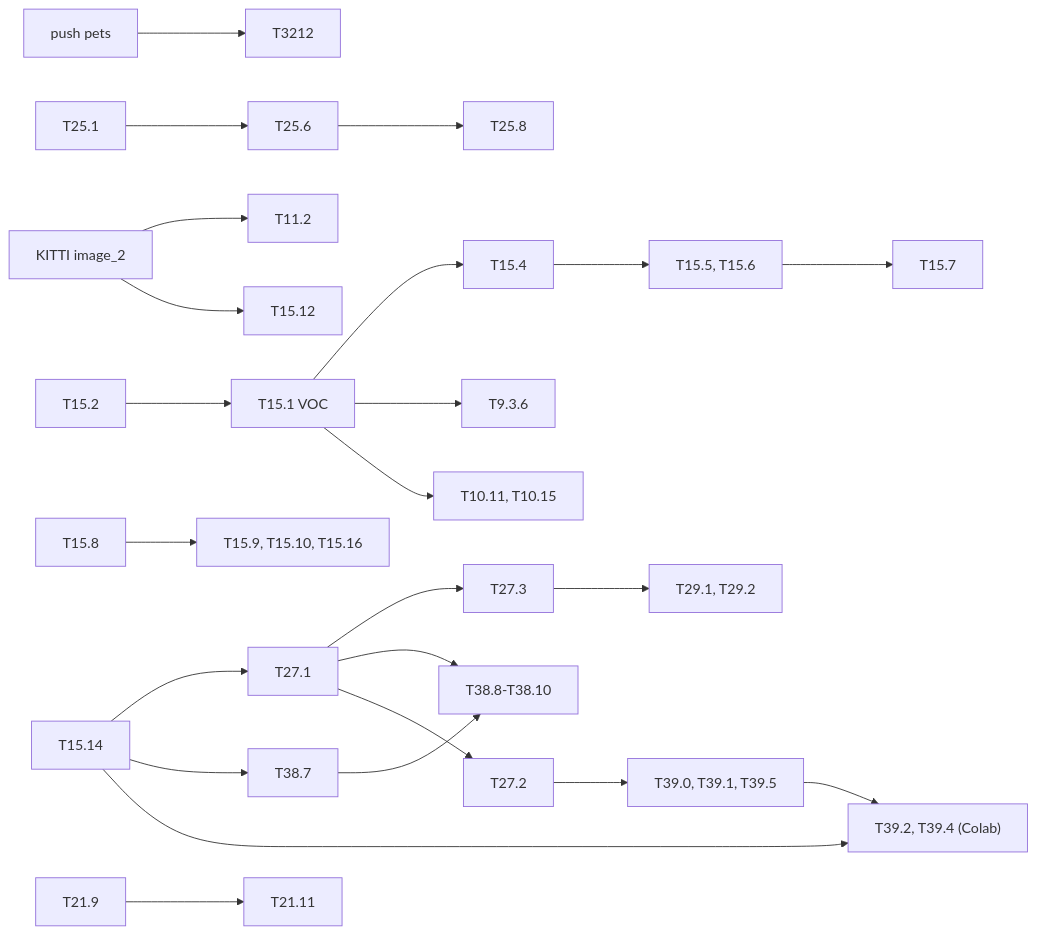
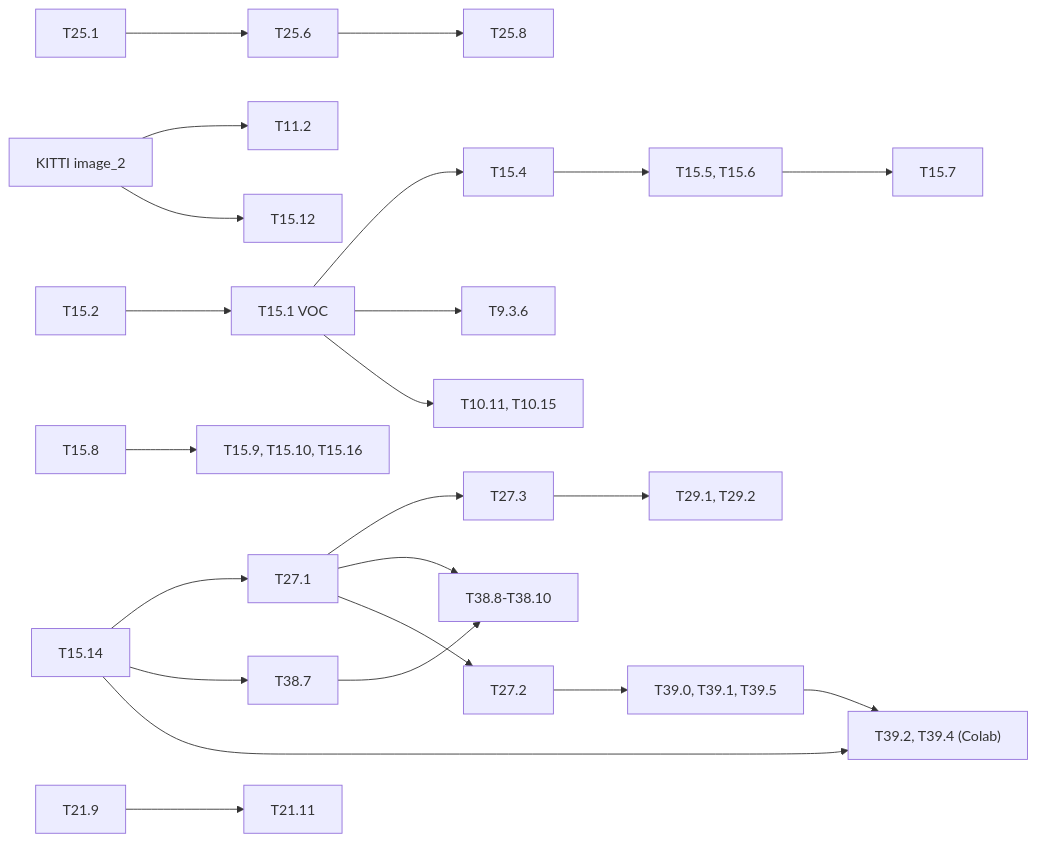
Before and after one commit to lrivals/EmbeddedComputervision: the diagram in docs/tasks/long-runs.md, drawn with Mermaid. The commit also changed other lines of this file and 2 other files, not shown here.

````diff
--- a/docs/tasks/long-runs.md
+++ b/docs/tasks/long-runs.md
@@ -149,15 +148,14 @@
 ```mermaid
 graph LR
-  PETS["push pets"] --> T3212
   T1514[T15.14] --> T271[T27.1] --> T273[T27.3] --> T29["T29.1, T29.2"]
   T251[T25.1] --> T256[T25.6] --> T258[T25.8]
   KITTI["KITTI image_2"] --> T112[T11.2] & T1512[T15.12]
   T152[T15.2] --> T151["T15.1 VOC"] --> T154[T15.4] --> T155["T15.5, T15.6"] --> T157[T15.7]
   T151 --> T936[T9.3.6] & T1011["T10.11, T10.15"]
   T158[T15.8] --> T159["T15.9, T15.10, T15.16"]
   T219[T21.9] --> T2111[T21.11]
   T1514 --> T387[T38.7] --> T388["T38.8-T38.10"]
   T271 --> T388
   T271 --> T272[T27.2] --> T39["T39.0, T39.1, T39.5"] --> T392["T39.2, T39.4 (Colab)"]
   T1514 --> T392
 ```
````
